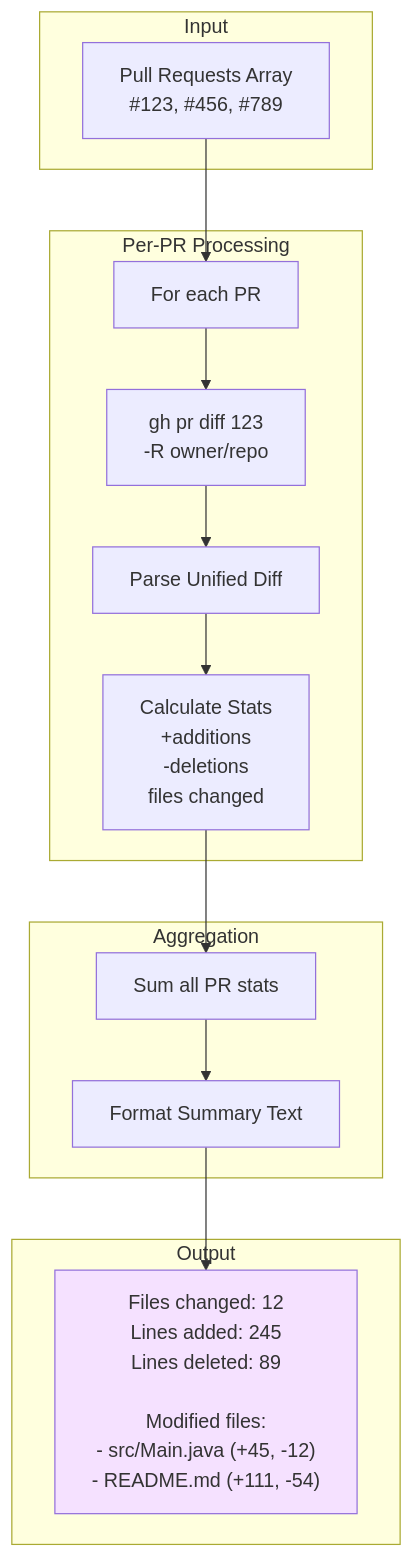
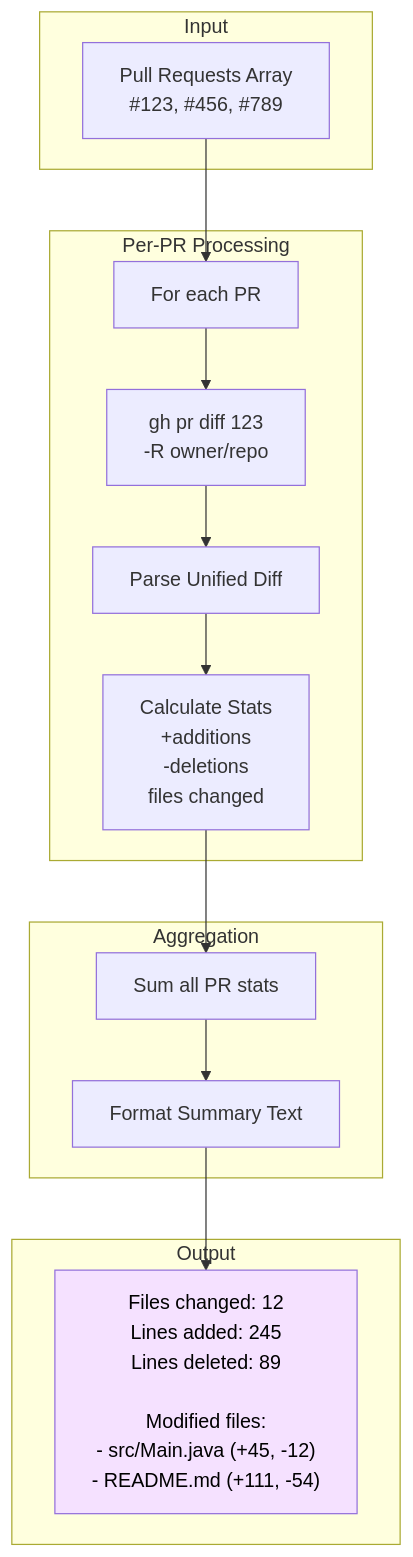
The fourth of 6 diagrams in docs/architecture/03-data-flow.md (jetmobsol/claude-gh-standup), drawn with Mermaid before and after one commit. The commit also changed other lines of this file and 4 other files, not shown here.

First line of the commit message:
Fix text color to black on light-colored Mermaid diagrams

````diff
--- a/docs/architecture/03-data-flow.md
+++ b/docs/architecture/03-data-flow.md
@@ -118,32 +118,32 @@
 ```mermaid
 graph TB
     subgraph "Input"
         PRs[Pull Requests Array<br/>#123, #456, #789]
     end
 
     subgraph "Per-PR Processing"
         Loop[For each PR]
         GetDiff[gh pr diff 123<br/>-R owner/repo]
         Parse[Parse Unified Diff]
         Stats[Calculate Stats<br/>+additions<br/>-deletions<br/>files changed]
     end
 
     subgraph "Aggregation"
         Aggregate[Sum all PR stats]
         Format[Format Summary Text]
     end
 
     subgraph "Output"
         Summary["Files changed: 12\nLines added: 245\nLines deleted: 89\n\nModified files:\n- src/Main.java (+45, -12)\n- README.md (+111, -54)"]
     end
 
     PRs --> Loop
     Loop --> GetDiff
     GetDiff --> Parse
     Parse --> Stats
     Stats --> Aggregate
     Aggregate --> Format
     Format --> Summary
 
-    style Summary fill:#f5e1ff
+    style Summary fill:#f5e1ff,color:#000
 ```
````
